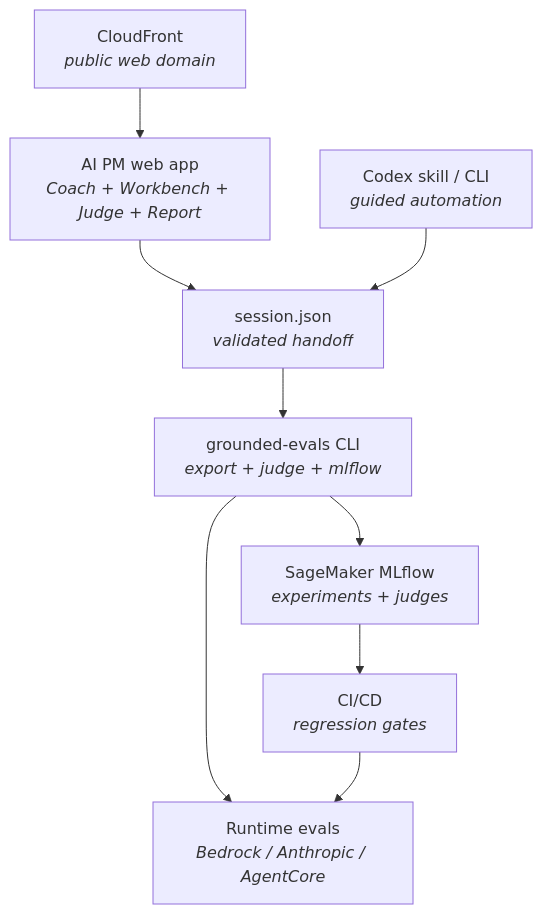
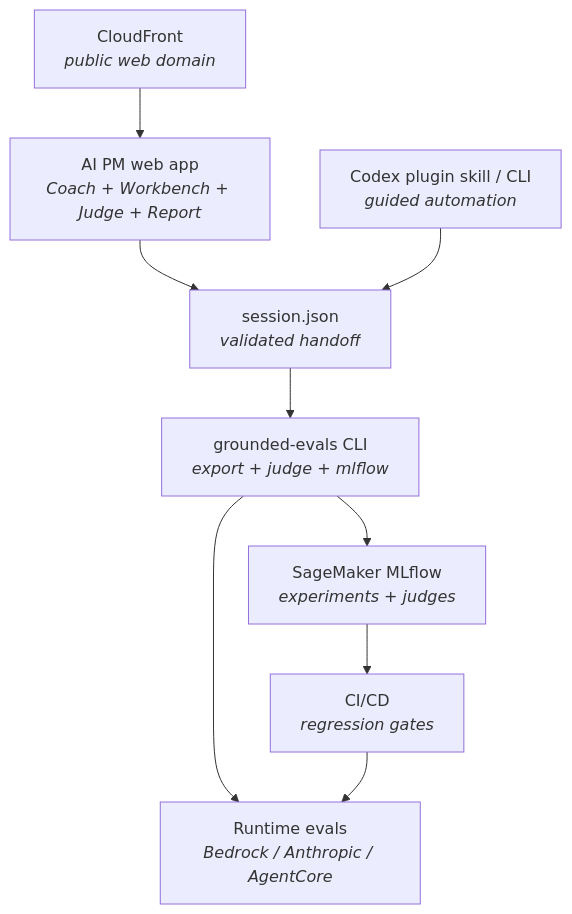
One commit to aws-samples/sample-GEDD changed the third of 3 diagrams in README.md. Above: the diagram before and after it, drawn with Mermaid. The commit also changed other lines of this file and 1 other file, not shown here.

````diff
--- a/README.md
+++ b/README.md
@@ -389,20 +389,20 @@
 ```mermaid
 flowchart TD
     WEB["AI PM web app<br/><i>Coach + Workbench + Judge + Report</i>"]
-    ASSIST["Codex skill / CLI<br/><i>guided automation</i>"]
+    ASSIST["Codex plugin skill / CLI<br/><i>guided automation</i>"]
     SJ["session.json<br/><i>validated handoff</i>"]
     CLI["grounded-evals CLI<br/><i>export + judge + mlflow</i>"]
     CF["CloudFront<br/><i>public web domain</i>"]
     RT["Runtime evals<br/><i>Bedrock / Anthropic / AgentCore</i>"]
     SM["SageMaker MLflow<br/><i>experiments + judges</i>"]
     CICD["CI/CD<br/><i>regression gates</i>"]
 
     CF --> WEB
     WEB --> SJ
     ASSIST --> SJ
     SJ --> CLI
     CLI --> RT
     CLI --> SM
     SM --> CICD
     CICD --> RT
 ```
````
